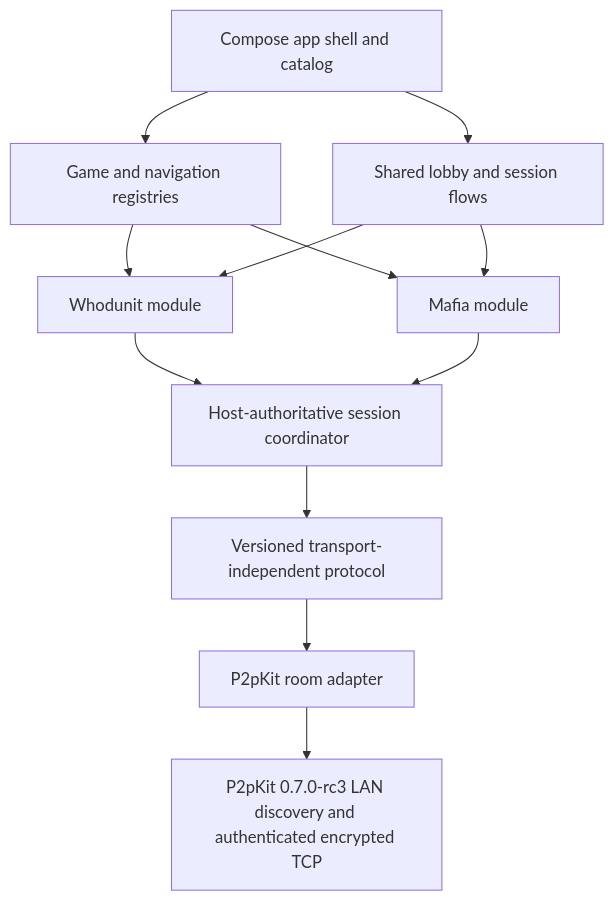
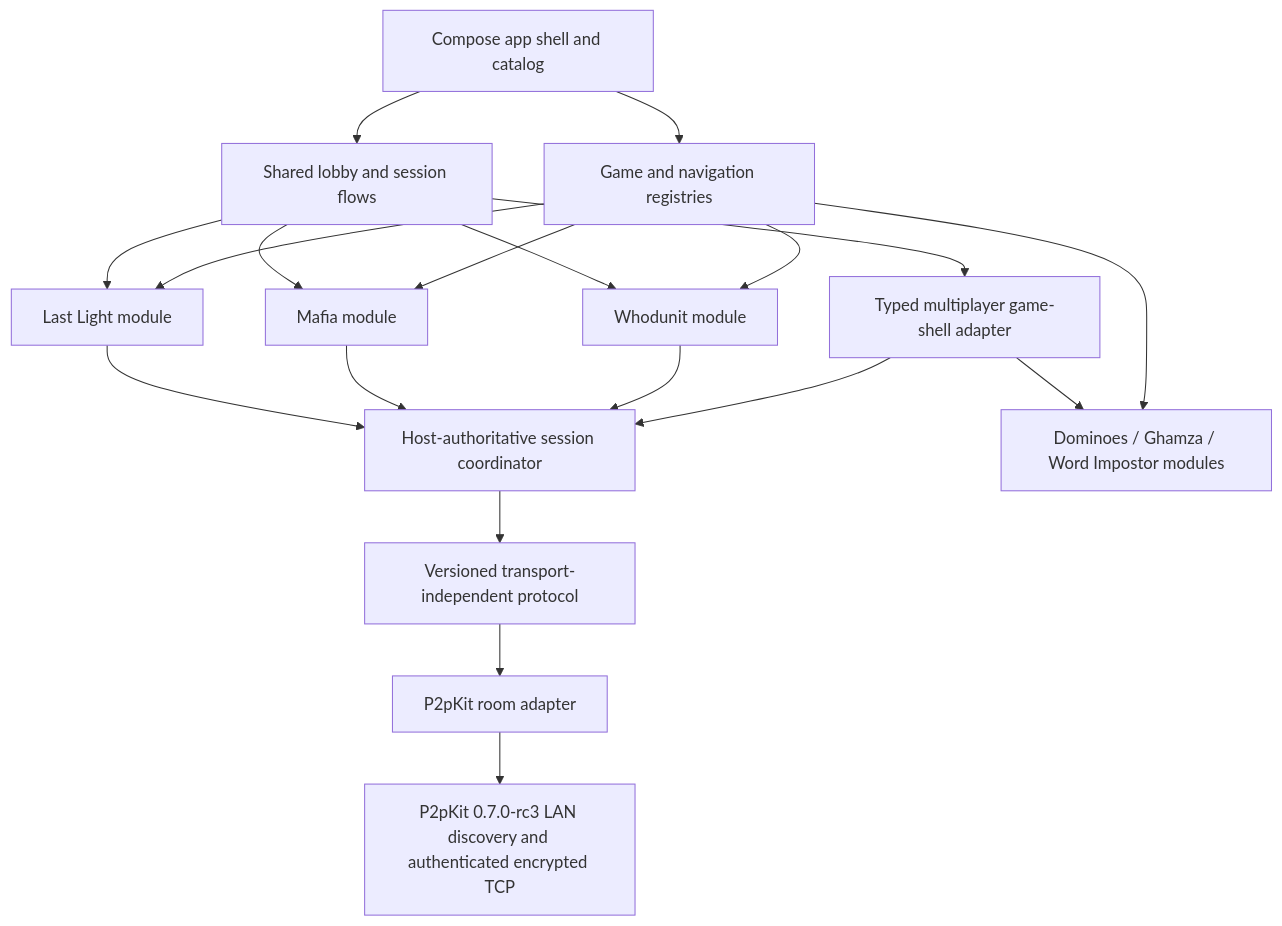
The first of 4 diagrams in docs/PRODUCTION_ARCHITECTURE.md (Apdelrahman1911/parlor), drawn with Mermaid before and after one commit. The commit also changed other lines of this file and 127 other files, not shown here.

Commit message:
feat(games): add Egyptian Dominoes, Ghamza and Word Impostor

````diff
--- a/docs/PRODUCTION_ARCHITECTURE.md
+++ b/docs/PRODUCTION_ARCHITECTURE.md
@@ -9,24 +9,34 @@
 ```mermaid
 flowchart TD
     App[Compose app shell and catalog]
     Registry[Game and navigation registries]
     Lobby[Shared lobby and session flows]
     Session[Host-authoritative session coordinator]
     Protocol[Versioned transport-independent protocol]
     Adapter[P2pKit room adapter]
     Kit[P2pKit 0.7.0-rc3 LAN discovery and authenticated encrypted TCP]
     W[Whodunit module]
     M[Mafia module]
+    L[Last Light module]
+    Games[Dominoes / Ghamza / Word Impostor modules]
+    GameShell[Typed multiplayer game-shell adapter]
 
     App --> Registry
     App --> Lobby
     Registry --> W
     Registry --> M
+    Registry --> L
+    Registry --> Games
     Lobby --> W
     Lobby --> M
+    Lobby --> L
+    Lobby --> GameShell
+    GameShell --> Games
+    GameShell --> Session
     W --> Session
     M --> Session
+    L --> Session
     Session --> Protocol
     Protocol --> Adapter
     Adapter --> Kit
 ```
````
